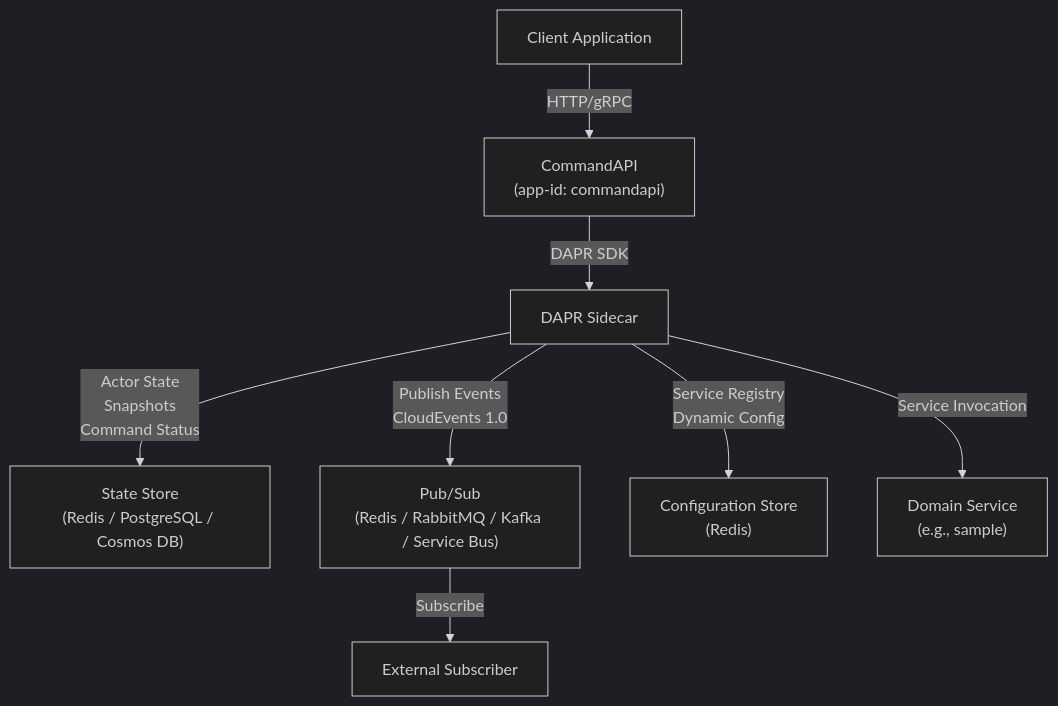
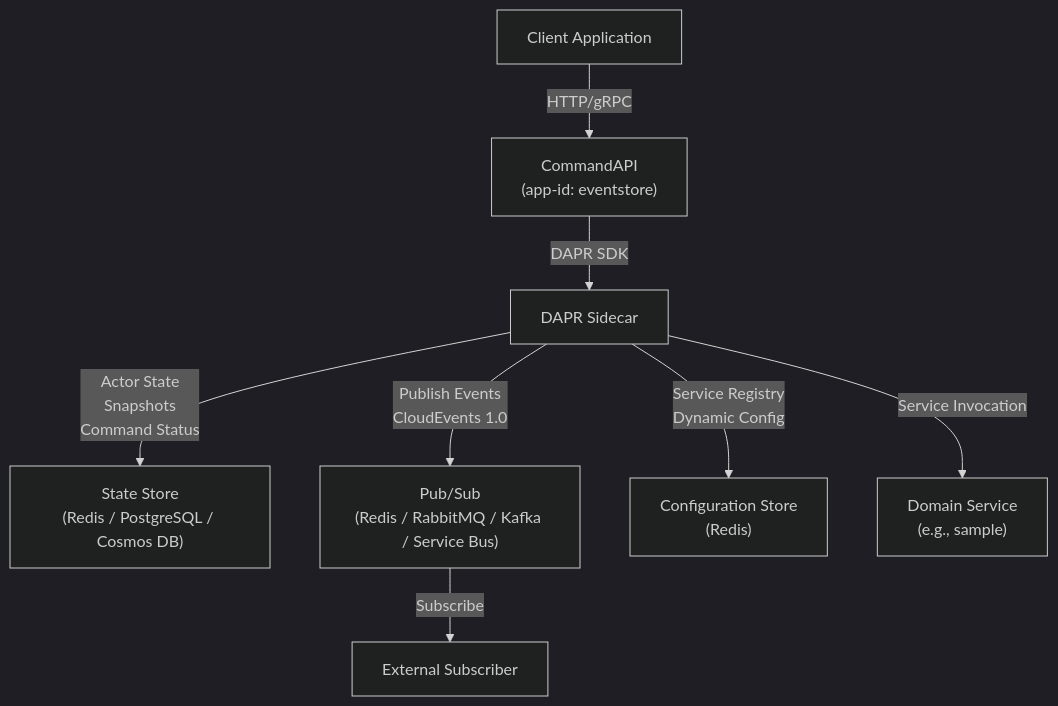
One commit to Hexalith/Hexalith.EventStore changed the diagram in docs/guides/dapr-component-reference.md. Above: the diagram before and after it, drawn with Mermaid (dark theme). The commit also changed other lines of this file and 299 other files, not shown here.

````diff
--- a/docs/guides/dapr-component-reference.md
+++ b/docs/guides/dapr-component-reference.md
@@ -21,19 +21,19 @@
 ```mermaid
 flowchart TB
     Client["Client Application"]
-    API["CommandAPI\n(app-id: commandapi)"]
+    API["CommandAPI\n(app-id: eventstore)"]
     Sidecar["DAPR Sidecar"]
     SS["State Store\n(Redis / PostgreSQL / Cosmos DB)"]
     PS["Pub/Sub\n(Redis / RabbitMQ / Kafka / Service Bus)"]
     CS["Configuration Store\n(Redis)"]
     DS["Domain Service\n(e.g., sample)"]
     Sub["External Subscriber"]
 
     Client -->|"HTTP/gRPC"| API
     API -->|"DAPR SDK"| Sidecar
     Sidecar -->|"Actor State\nSnapshots\nCommand Status"| SS
     Sidecar -->|"Publish Events\nCloudEvents 1.0"| PS
     Sidecar -->|"Service Registry\nDynamic Config"| CS
     Sidecar -->|"Service Invocation"| DS
     PS -->|"Subscribe"| Sub
 ```
````
